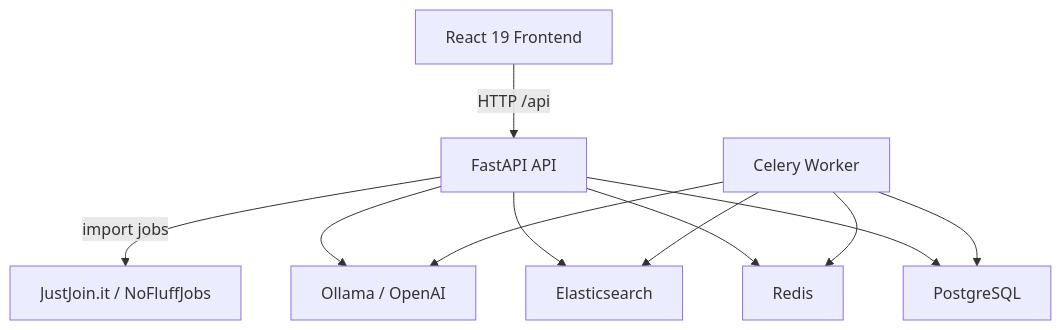
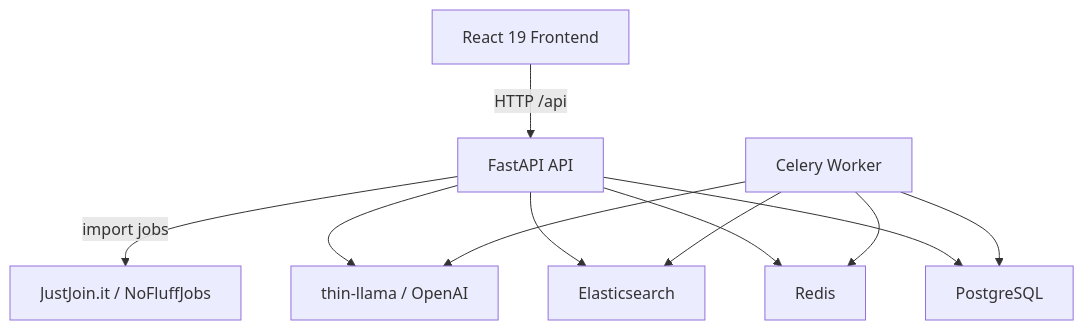
Before and after one commit to krzysztofkotlowski/job-seeker: the first of 2 diagrams in README.md, drawn with Mermaid. The commit also changed other lines of this file and 22 other files, not shown here.

Commit message:
Externalize thin-llama runtime integration and deploy by git ref

````diff
--- a/README.md
+++ b/README.md
@@ -32,22 +32,22 @@
 ```mermaid
 flowchart TB
     Browser["React 19 Frontend"]
     API["FastAPI API"]
     Worker["Celery Worker"]
     Redis["Redis"]
     Postgres["PostgreSQL"]
     ES["Elasticsearch"]
-    AI["Ollama / OpenAI"]
+    AI["thin-llama / OpenAI"]
     Sources["JustJoin.it / NoFluffJobs"]
 
     Browser -->|"HTTP /api"| API
     API --> Postgres
     API --> ES
     API --> AI
     API --> Redis
     Worker --> Redis
     Worker --> Postgres
     Worker --> ES
     Worker --> AI
     API -->|"import jobs"| Sources
 ```
````
